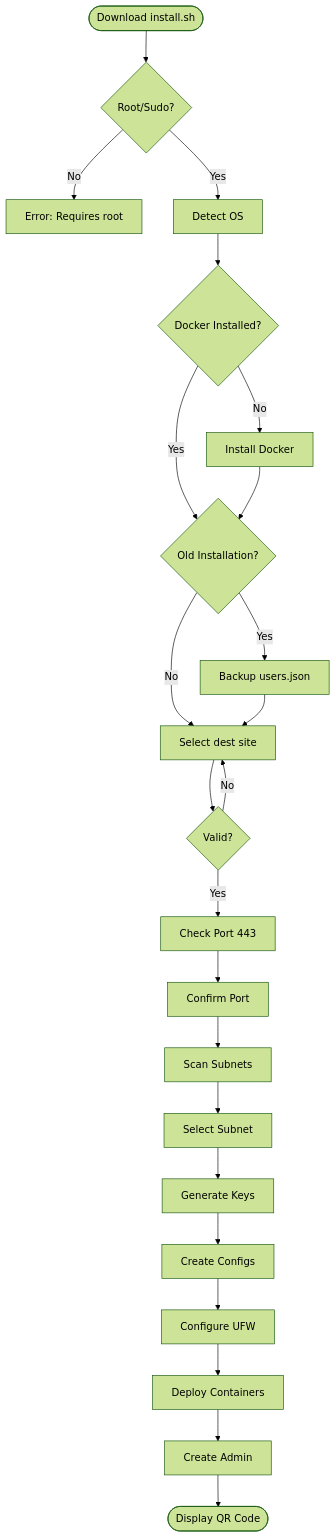
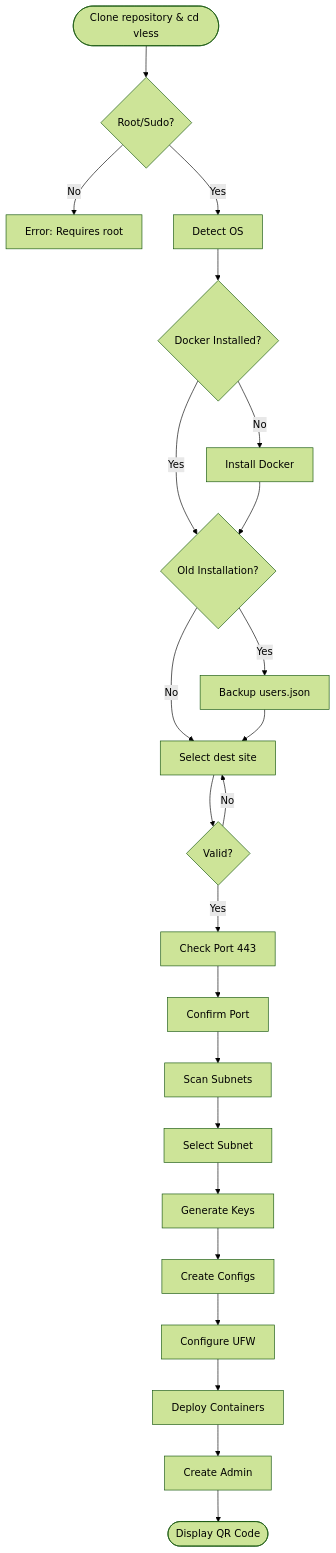
One commit to ikeniborn/vless changed the seventh of 7 diagrams in PRD.md. Above: the diagram before and after it, drawn with Mermaid (forest theme). The commit also changed other lines of this file and 13 other files, not shown here.

````diff
--- a/PRD.md
+++ b/PRD.md
@@ -2108,25 +2149,25 @@
 ```mermaid
 flowchart TD
-    Start([Download install.sh]) --> CheckRoot{Root/Sudo?}
+    Start([Clone repository & cd vless]) --> CheckRoot{Root/Sudo?}
     CheckRoot -->|No| Error1[Error: Requires root]
     CheckRoot -->|Yes| DetectOS[Detect OS]
     DetectOS --> CheckDocker{Docker Installed?}
     CheckDocker -->|No| InstallDocker[Install Docker]
     CheckDocker -->|Yes| CheckOld{Old Installation?}
     InstallDocker --> CheckOld
     CheckOld -->|Yes| Backup[Backup users.json]
     CheckOld -->|No| PromptDest[Select dest site]
     Backup --> PromptDest
     PromptDest --> ValidateDest{Valid?}
     ValidateDest -->|No| PromptDest
     ValidateDest -->|Yes| CheckPort[Check Port 443]
     CheckPort --> PromptPort[Confirm Port]
     PromptPort --> CheckSubnet[Scan Subnets]
     CheckSubnet --> PromptSubnet[Select Subnet]
     PromptSubnet --> GenKeys[Generate Keys]
     GenKeys --> CreateConfigs[Create Configs]
     CreateConfigs --> ConfigUFW[Configure UFW]
     ConfigUFW --> Deploy[Deploy Containers]
     Deploy --> CreateUser[Create Admin]
     CreateUser --> End([Display QR Code])
 ```
````
